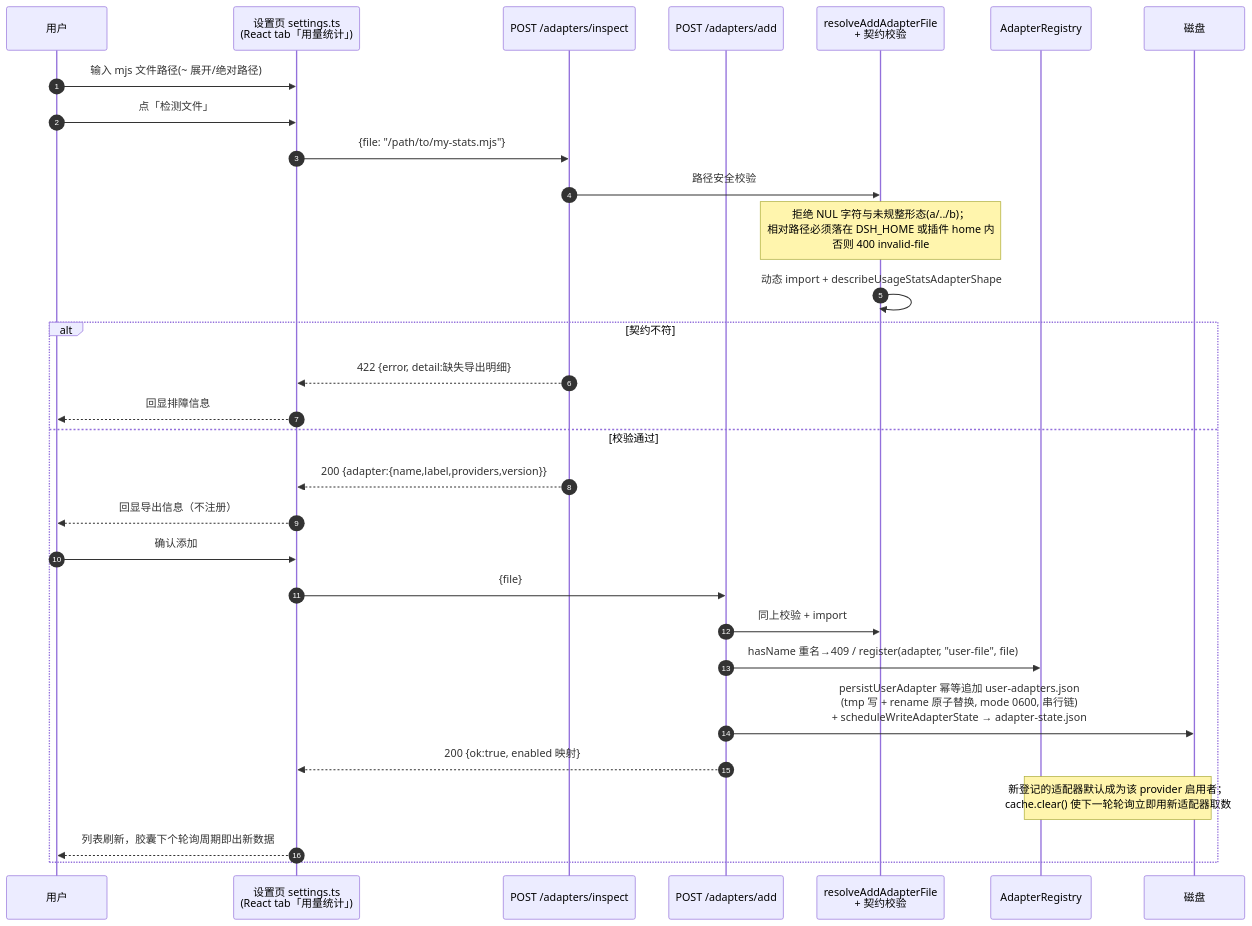
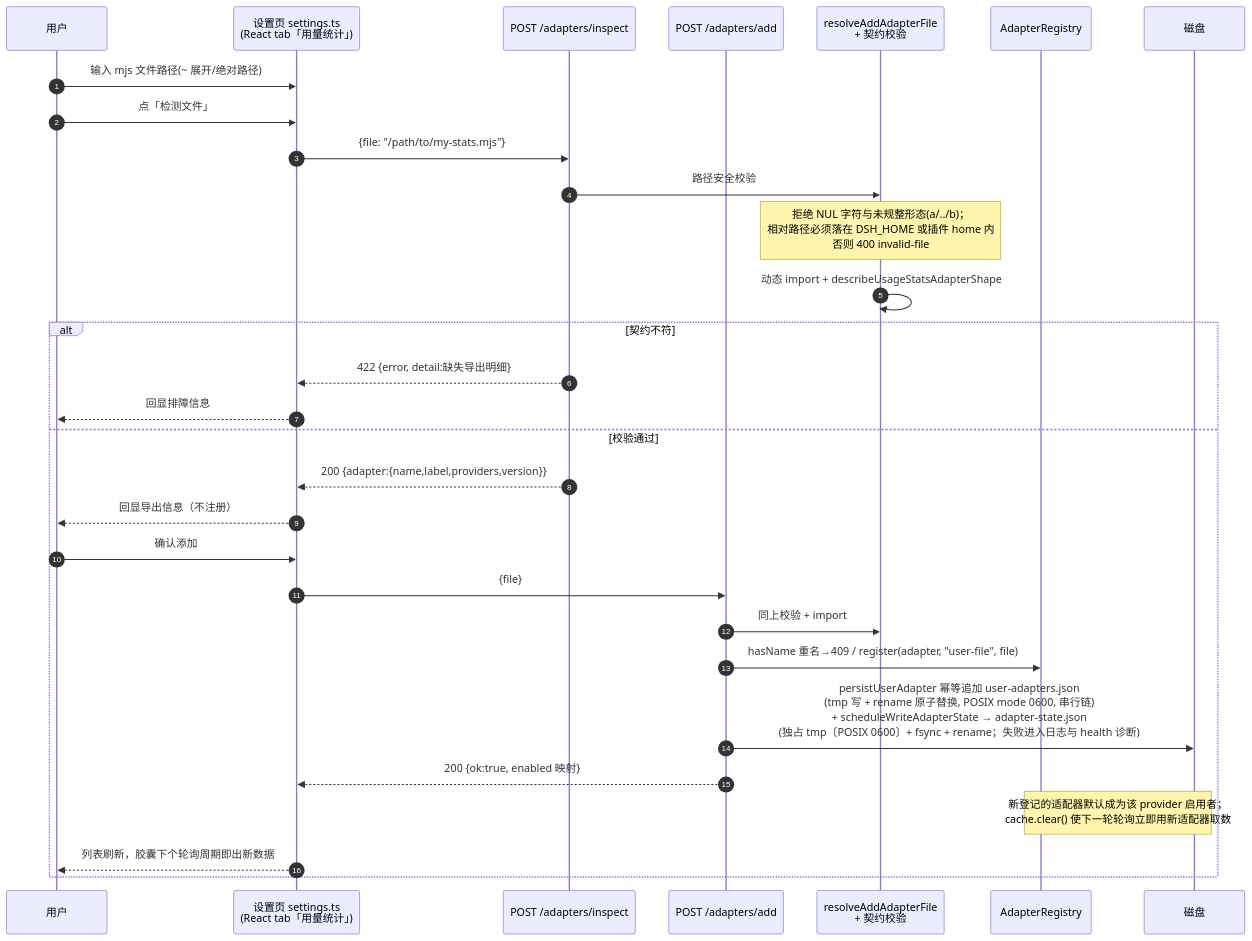
One commit to wingsky-1/dsh-plugin-hub changed the sixth of 10 diagrams in packages/dsh-provider-usage/docs/architecture.md. Above: the diagram before and after it, drawn with Mermaid. The commit also changed other lines of this file and 6 other files, not shown here.

````diff
--- a/packages/dsh-provider-usage/docs/architecture.md
+++ b/packages/dsh-provider-usage/docs/architecture.md
@@ -224,33 +224,33 @@
 ```mermaid
 sequenceDiagram
     autonumber
     participant U as 用户
     participant SP as 设置页 settings.ts<br/>(React tab「用量统计」)
     participant IR as POST /adapters/inspect
     participant AR as POST /adapters/add
     participant V as resolveAddAdapterFile<br/>+ 契约校验
     participant RG as AdapterRegistry
     participant D as 磁盘
 
     U->>SP: 输入 mjs 文件路径(~ 展开/绝对路径)
     U->>SP: 点「检测文件」
     SP->>IR: {file: "/path/to/my-stats.mjs"}
     IR->>V: 路径安全校验
     Note over V: 拒绝 NUL 字符与未规整形态(a/../b)；<br/>相对路径必须落在 DSH_HOME 或插件 home 内<br/>否则 400 invalid-file
     V->>V: 动态 import + describeUsageStatsAdapterShape
     alt 契约不符
         IR-->>SP: 422 {error, detail:缺失导出明细}
         SP-->>U: 回显排障信息
     else 校验通过
         IR-->>SP: 200 {adapter:{name,label,providers,version}}
         SP-->>U: 回显导出信息（不注册）
         U->>SP: 确认添加
         SP->>AR: {file}
         AR->>V: 同上校验 + import
         AR->>RG: hasName 重名→409 / register(adapter, "user-file", file)
-        AR->>D: persistUserAdapter 幂等追加 user-adapters.json<br/>(tmp 写 + rename 原子替换, mode 0600, 串行链)<br/>+ scheduleWriteAdapterState → adapter-state.json
+        AR->>D: persistUserAdapter 幂等追加 user-adapters.json<br/>(tmp 写 + rename 原子替换, POSIX mode 0600, 串行链)<br/>+ scheduleWriteAdapterState → adapter-state.json<br/>(独占 tmp〔POSIX 0600〕+ fsync + rename；失败进入日志与 health 诊断)
         AR-->>SP: 200 {ok:true, enabled 映射}
         Note over RG,D: 新登记的适配器默认成为该 provider 启用者；<br/>cache.clear() 使下一轮轮询立即用新适配器取数
         SP-->>U: 列表刷新，胶囊下个轮询周期即出新数据
     end
 ```
````
